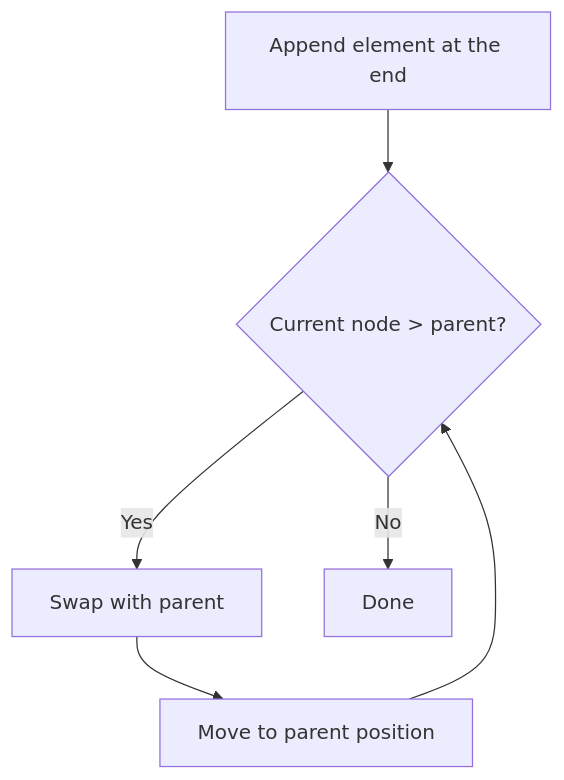
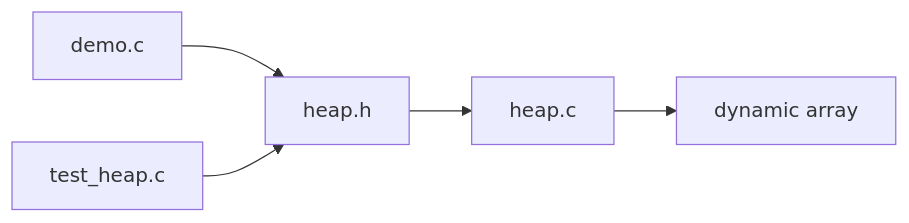
The first of 2 diagrams in README.md (anjuxi/C-heap), drawn with Mermaid before and after one commit. The commit also changed other lines of this file and 6 other files, not shown here.

````diff
--- a/README.md
+++ b/README.md
@@ -117,8 +24,7 @@
 ```mermaid
-flowchart TD
-    A[Append element at the end] --> B{Current node > parent?}
-    B -->|Yes| C[Swap with parent]
-    C --> D[Move to parent position]
-    D --> B
-    B -->|No| E[Done]
+flowchart LR
+    A[demo.c] --> B[heap.h]
+    C[test_heap.c] --> B
+    B --> D[heap.c]
+    D --> E[dynamic array]
 ```
````
